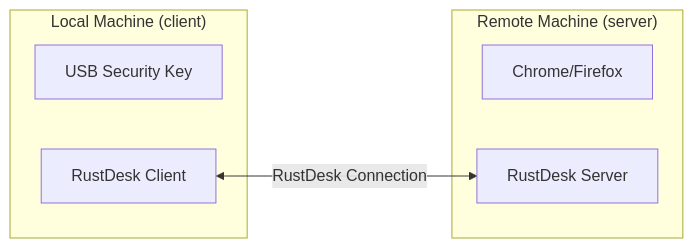
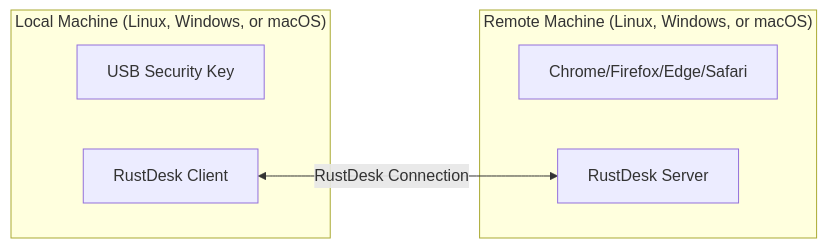
One commit to lesserevil/rustdesk changed the second of 2 diagrams in docs/design/webauthn-ctap-passthrough/11-testing.md. Above: the diagram before and after it, drawn with Mermaid. The commit also changed other lines of this file and 9 other files, not shown here.

````diff
--- a/docs/design/webauthn-ctap-passthrough/11-testing.md
+++ b/docs/design/webauthn-ctap-passthrough/11-testing.md
@@ -103,14 +127,14 @@
 ```mermaid
 flowchart LR
-    subgraph Local["Local Machine (client)"]
+    subgraph Local["Local Machine (Linux, Windows, or macOS)"]
         KEY[USB Security Key]
         CLIENT[RustDesk Client]
     end
 
-    subgraph Remote["Remote Machine (server)"]
-        BROWSER[Chrome/Firefox]
+    subgraph Remote["Remote Machine (Linux, Windows, or macOS)"]
+        BROWSER[Chrome/Firefox/Edge/Safari]
         SERVER[RustDesk Server]
     end
 
     CLIENT <-->|RustDesk Connection| SERVER
 ```
````
